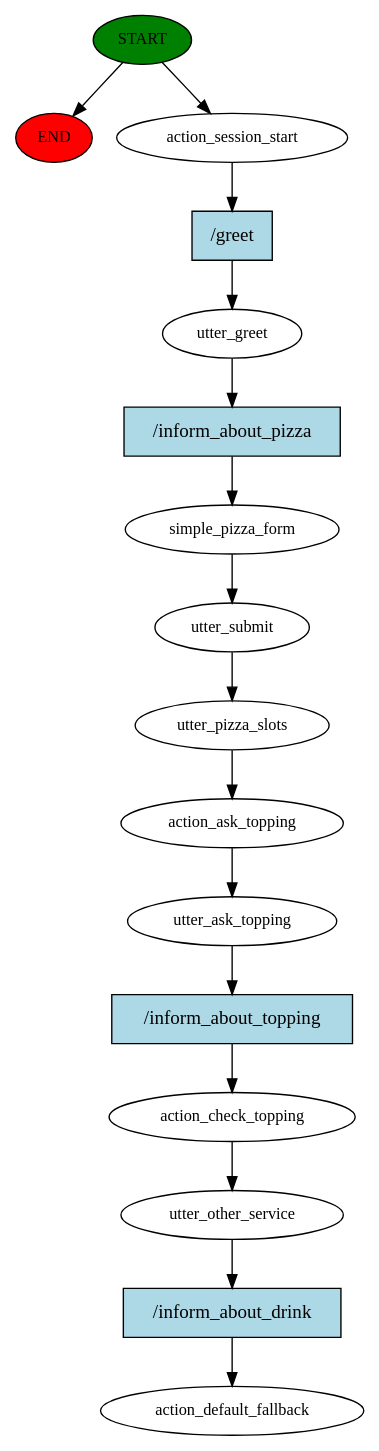
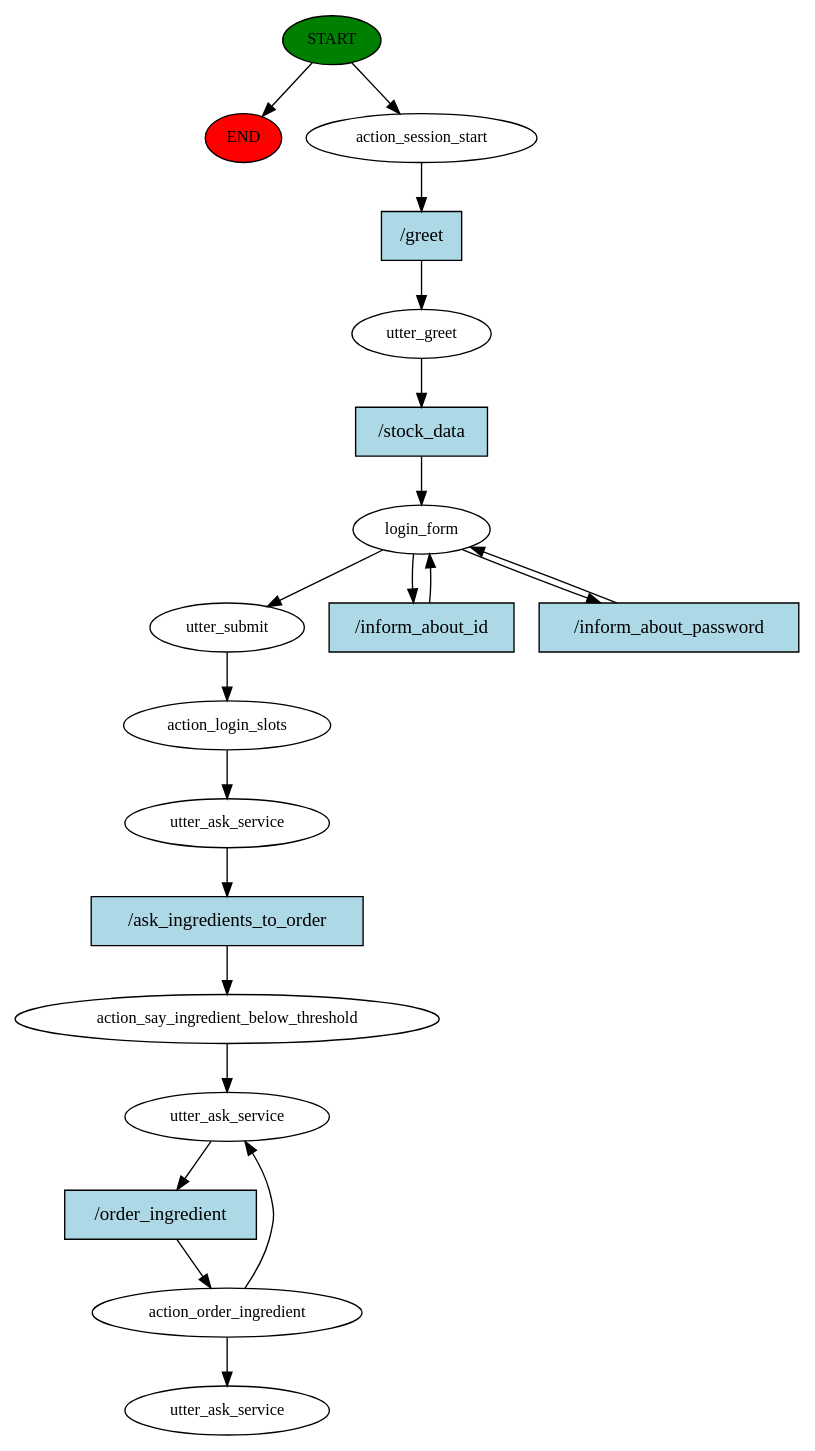
One commit to EdoardoMaines/HumanMachineDialogue-RASA changed the diagram in story_graph.dot. Above: the diagram before and after it, drawn with Graphviz. The commit also changed 7 other files, not shown here.

```diff
--- a/story_graph.dot
+++ b/story_graph.dot
@@ -1,33 +1,40 @@
 digraph  {
 0 [class="start active", fillcolor=green, fontsize=12, label=START, style=filled];
 "-1" [class=end, fillcolor=red, fontsize=12, label=END, style=filled];
 1 [class=active, fontsize=12, label=action_session_start];
 2 [class=active, fontsize=12, label=utter_greet];
-3 [class=active, fontsize=12, label=simple_pizza_form];
-4 [class=active, fontsize=12, label=utter_submit];
-5 [class=active, fontsize=12, label=utter_pizza_slots];
-6 [class=active, fontsize=12, label=action_ask_topping];
-7 [class=active, fontsize=12, label=utter_ask_topping];
-8 [class=active, fontsize=12, label=action_check_topping];
-9 [class=active, fontsize=12, label=utter_other_service];
-10 [class="dashed active", fontsize=12, label=action_default_fallback];
-11 [class="intent active", fillcolor=lightblue, label="/greet", shape=rect, style=filled];
-12 [class="intent active", fillcolor=lightblue, label="/inform_about_pizza", shape=rect, style=filled];
-13 [class="intent active", fillcolor=lightblue, label="/inform_about_topping", shape=rect, style=filled];
-14 [class="intent active", fillcolor=lightblue, label="/inform_about_drink", shape=rect, style=filled];
+3 [class=active, fontsize=12, label=login_form];
+6 [class=active, fontsize=12, label=utter_submit];
+7 [class=active, fontsize=12, label=action_login_slots];
+8 [class=active, fontsize=12, label=utter_ask_service];
+9 [class=active, fontsize=12, label=action_say_ingredient_below_threshold];
+10 [class=active, fontsize=12, label=utter_ask_service];
+11 [class=active, fontsize=12, label=action_order_ingredient];
+14 [class="dashed active", fontsize=12, label=utter_ask_service];
+15 [class="intent active", fillcolor=lightblue, label="/greet", shape=rect, style=filled];
+16 [class="intent active", fillcolor=lightblue, label="/stock_data", shape=rect, style=filled];
+17 [class="intent active", fillcolor=lightblue, label="/inform_about_id", shape=rect, style=filled];
+18 [class="intent active", fillcolor=lightblue, label="/inform_about_password", shape=rect, style=filled];
+19 [class="intent active", fillcolor=lightblue, label="/ask_ingredients_to_order", shape=rect, style=filled];
+20 [class="intent active", fillcolor=lightblue, label="/order_ingredient", shape=rect, style=filled];
 0 -> "-1"  [class="", key=NONE, label=""];
 0 -> 1  [class=active, key=NONE, label=""];
-1 -> 11  [class=active, key=0];
-2 -> 12  [class=active, key=0];
-3 -> 4  [class=active, key=NONE, label=""];
-4 -> 5  [class=active, key=NONE, label=""];
-5 -> 6  [class=active, key=NONE, label=""];
+1 -> 15  [class=active, key=0];
+2 -> 16  [class=active, key=0];
+3 -> 6  [class=active, key=NONE, label=""];
+3 -> 17  [class=active, key=0];
+3 -> 18  [class=active, key=0];
 6 -> 7  [class=active, key=NONE, label=""];
-7 -> 13  [class=active, key=0];
-8 -> 9  [class=active, key=NONE, label=""];
-9 -> 14  [class=active, key=0];
-11 -> 2  [class=active, key=0];
-12 -> 3  [class=active, key=0];
-13 -> 8  [class=active, key=0];
-14 -> 10  [class=active, key=0];
+7 -> 8  [class=active, key=NONE, label=""];
+8 -> 19  [class=active, key=0];
+9 -> 10  [class=active, key=NONE, label=""];
+10 -> 20  [class=active, key=0];
+11 -> 10  [class=active, key=NONE, label=""];
+11 -> 14  [class=active, key=NONE, label=""];
+15 -> 2  [class=active, key=0];
+16 -> 3  [class=active, key=0];
+17 -> 3  [class=active, key=0];
+18 -> 3  [class=active, key=0];
+19 -> 9  [class=active, key=0];
+20 -> 11  [class=active, key=0];
 }
```
